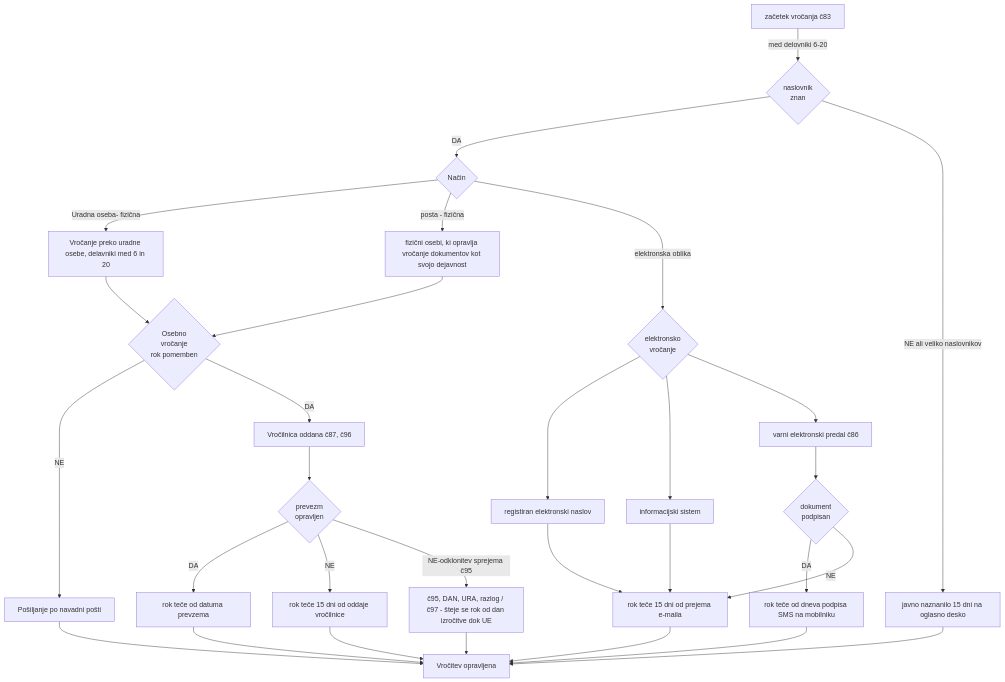
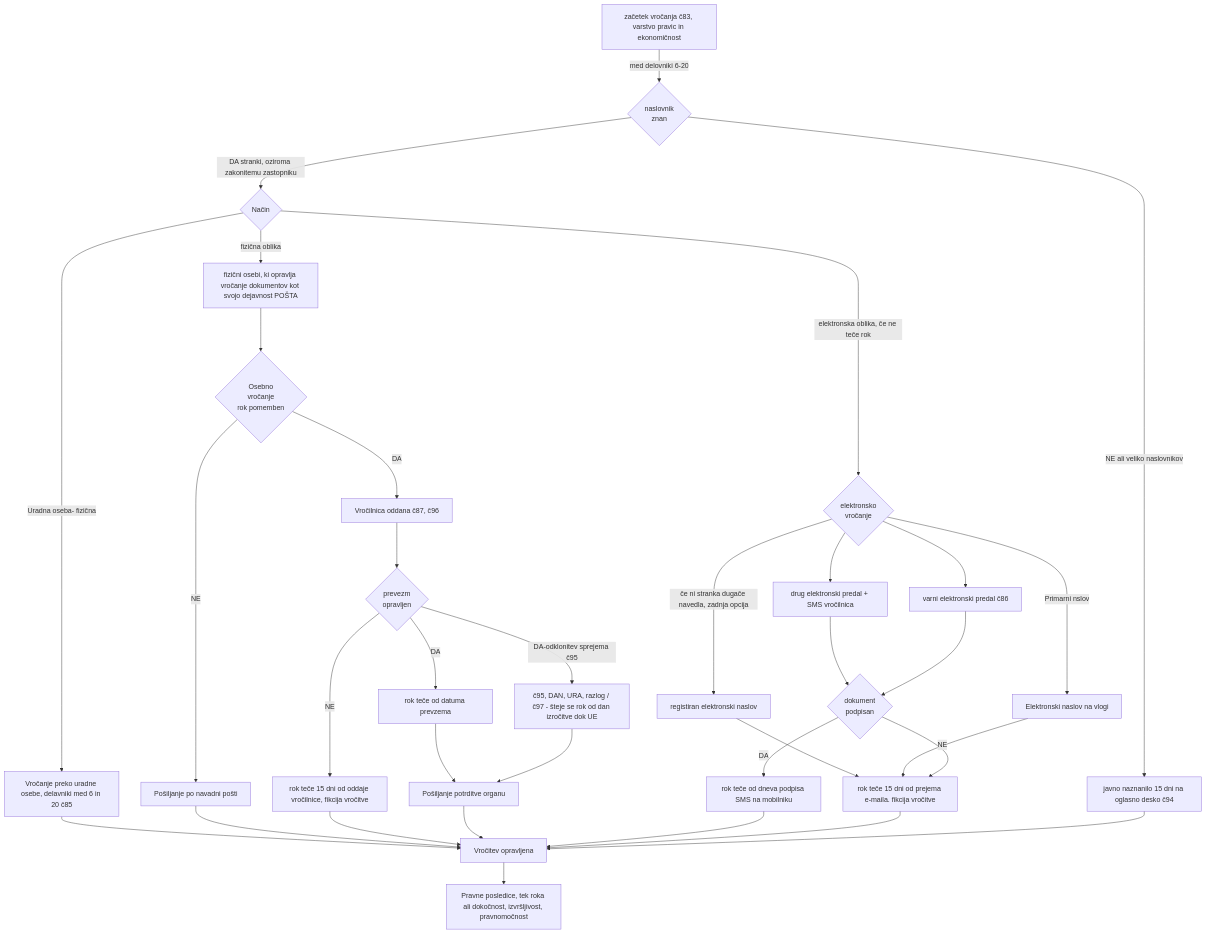
The diagram in podprocesi/vrocanje.md (jernejiv/ZUP), drawn with Mermaid before and after one commit.

Commit message:
Update vrocanje.md - nanjši popravki

````diff
--- a/podprocesi/vrocanje.md
+++ b/podprocesi/vrocanje.md
@@ -5,36 +5,42 @@
 ```mermaid
 flowchart
-A[začetek vročanja č83]
+A[začetek vročanja č83, varstvo pravic in ekonomičnost]
 A E1@--> |med delovniki 6-20| NZ{naslovnik<BR> znan}
-NZ E1@--> |DA| KV{Način}
-    KV --> |Uradna oseba-  fizična| VUO[Vročanje preko uradne osebe, delavniki med 6 in 20]
-        VUO -->  FO
-    KV --> |posta - fizična| VDEJ[fizični osebi, ki opravlja vročanje dokumentov kot svojo dejavnost]
-        VDEJ --> FO
-        FO{Osebno<BR> vročanje<BR> rok pomemben}
-        FO --> |NE| PNOV[Pošiljanje po navadni pošti]
-            PNOV --> VRO
-        FO --> |DA| VO[Vročilnica oddana č87, č96]
-            VO --> PO{prevezm<BR> opravljen}
-            PO --> |DA| X[rok teče od datuma prevzema]
-            PO --> |NE| X1[rok teče 15 dni od oddaje vročilnice]
-            PO --> |NE-odklonitev sprejema č95| X2[č95, DAN, URA, razlog / č97 - šteje se rok od dan izročitve dok UE]
-    KV --> |elektronska oblika| EO{elektronsko<BR> vročanje}
-        EO --> REN[registiran elektronski naslov]
-            REN --> Y1
-        EO --> IS[informacijski sistem]
-            IS --> Y1
-        EO --> VEP[varni elektronski predal č86]
-            VEP --> DP{dokument<BR> podpisan}
-                DP --> |DA| Y[rok teče od dneva podpisa SMS na mobilniku]
-                DP --> |NE| Y1[rok teče 15 dni od prejema e-maila]
-    X --> VRO
-    X1 --> VRO
-    X2 --> VRO
-    Y --> VRO
-    Y1 --> VRO
-NZ --> |NE ali veliko naslovnikov| JN[javno naznanilo 15 dni na oglasno desko]
-    JN --> VRO
+NZ E1@--> |DA stranki, oziroma zakonitemu zastopniku| KV{Način}
+KV --> |Uradna oseba-  fizična| VUO[Vročanje preko uradne osebe, delavniki med 6 in 20 č85]
+VUO -->  VRO
+KV --> |fizična oblika| VDEJ[fizični osebi, ki opravlja vročanje dokumentov kot svojo dejavnost POŠTA]
+VDEJ --> FO
+FO{Osebno<BR> vročanje<BR> rok pomemben}
+FO --> |NE| PNOV[Pošiljanje po navadni pošti]
+PNOV --> VRO
+FO --> |DA| VO[Vročilnica oddana č87, č96]
+VO --> PO{prevezm<BR> opravljen}
+PO --> |DA| X[rok teče od datuma prevzema]
+PO --> |NE| X1[rok teče 15 dni od oddaje vročilnice, fikcija vročitve]
+PO --> |DA-odklonitev sprejema č95| X2[č95, DAN, URA, razlog / č97 - šteje se rok od dan izročitve dok UE]
+X --> PPP[Pošiljanje potrditve organu]
+X1 --> VRO
+X2 --> PPP
+PPP --> VRO
+KV --> |elektronska oblika, če ne teče rok| EO{elektronsko<BR> vročanje}
+EO --> |če ni stranka dugače navedla, zadnja opcija| REN[registiran elektronski naslov]
+REN --> Y1
+EO --> |Primarni nslov| ENV[Elektronski naslov na vlogi]
+ENV --> Y1
+EO --> IS[drug elektronski predal + SMS vročilnica]
+IS --> DP
+EO --> VEP[varni elektronski predal č86]
+VEP --> DP{dokument<BR> podpisan}
+DP --> |DA| Y[rok teče od dneva podpisa SMS na mobilniku]
+DP --> |NE| Y1[rok teče 15 dni od prejema e-maila. fikcija vročitve]
+
+Y --> VRO
+Y1 --> VRO
+NZ --> |NE ali veliko naslovnikov| JN[javno naznanilo 15 dni na oglasno desko č94]
+JN --> VRO
 VRO[Vročitev opravljena]
+VRO --> PPOS[Pravne posledice, tek roka ali dokočnost, izvršljivost, pravnomočnost]
+
 style E1 color:red
 ```
````
